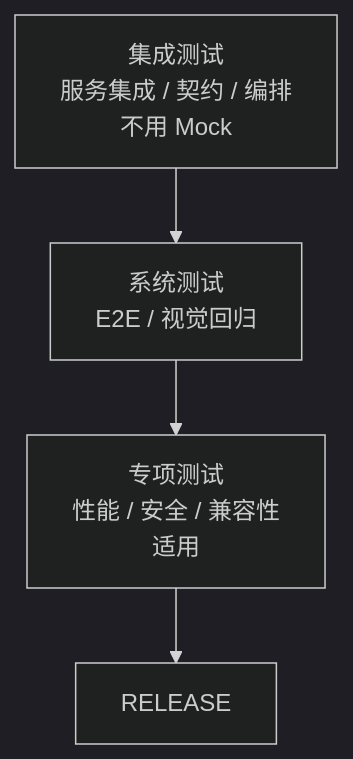
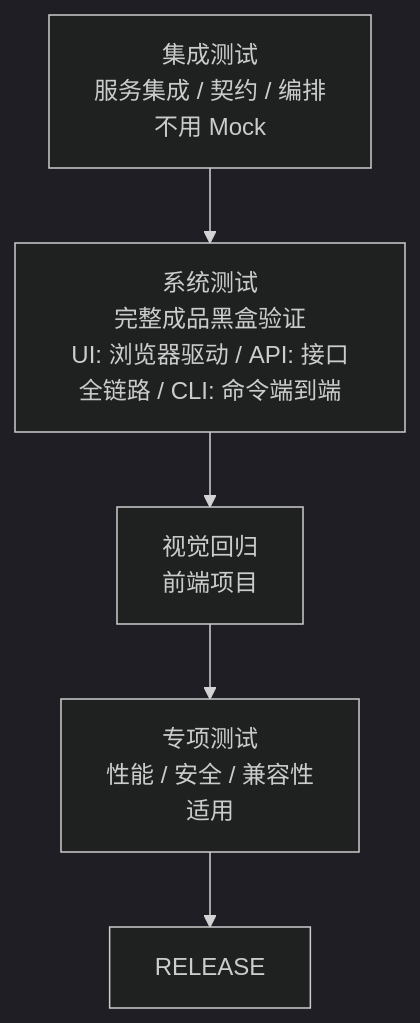
Before and after one commit to vlln/devloop: the diagram in skills/devloop/references/phase-system-test.md, drawn with Mermaid (dark theme). The commit also changed other lines of this file and 6 other files, not shown here.

````diff
--- a/skills/devloop/references/phase-system-test.md
+++ b/skills/devloop/references/phase-system-test.md
@@ -7,6 +7,7 @@
 ```mermaid
 flowchart TD
-    INTEG[集成测试<br/>服务集成 / 契约 / 编排<br/>不用 Mock] --> SYS[系统测试<br/>E2E / 视觉回归]
-    SYS --> SPECIAL[专项测试<br/>性能 / 安全 / 兼容性<br/>适用]
+    INTEG[集成测试<br/>服务集成 / 契约 / 编排<br/>不用 Mock] --> SYS[系统测试<br/>完整成品黑盒验证<br/>UI: 浏览器驱动 / API: 接口全链路 / CLI: 命令端到端]
+    SYS --> VISUAL[视觉回归<br/>前端项目]
+    VISUAL --> SPECIAL[专项测试<br/>性能 / 安全 / 兼容性<br/>适用]
     SPECIAL --> PR[RELEASE]
 ```
````
